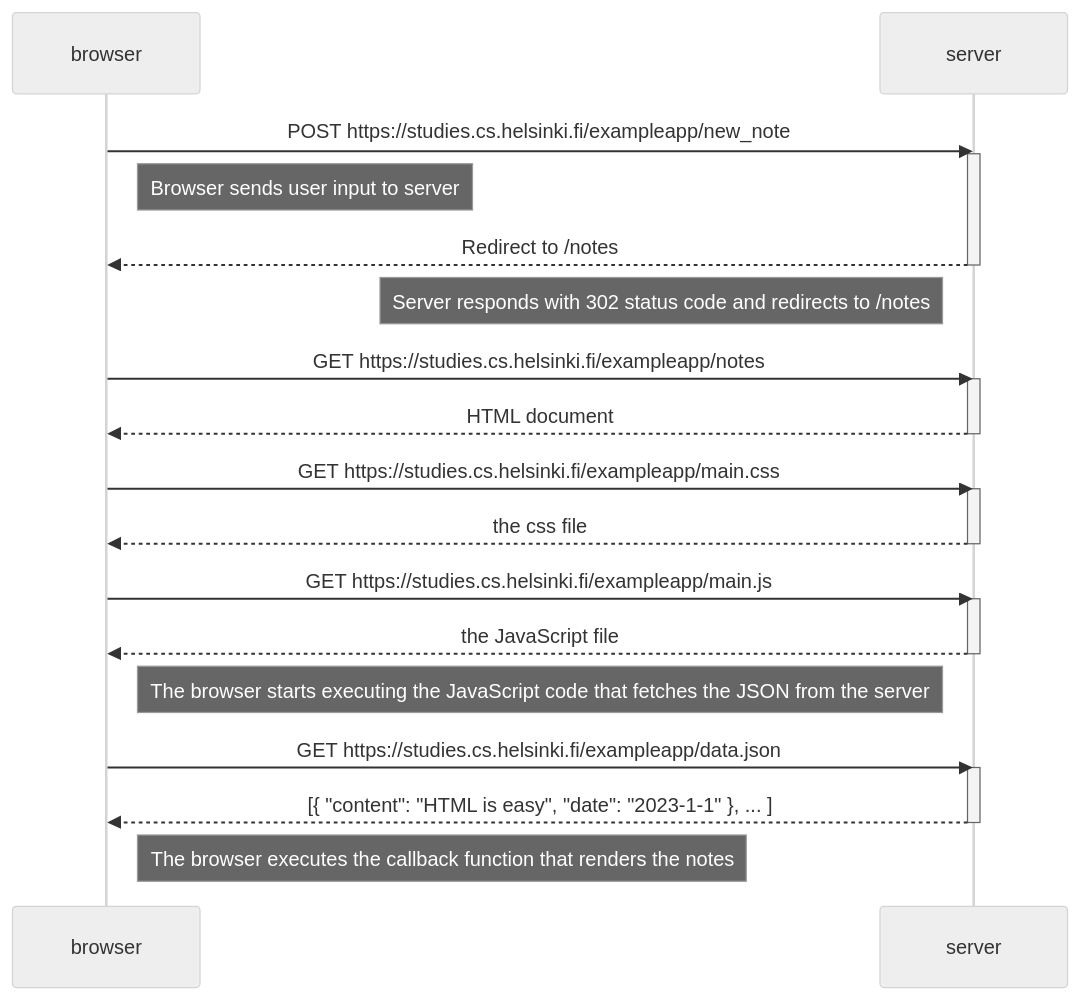
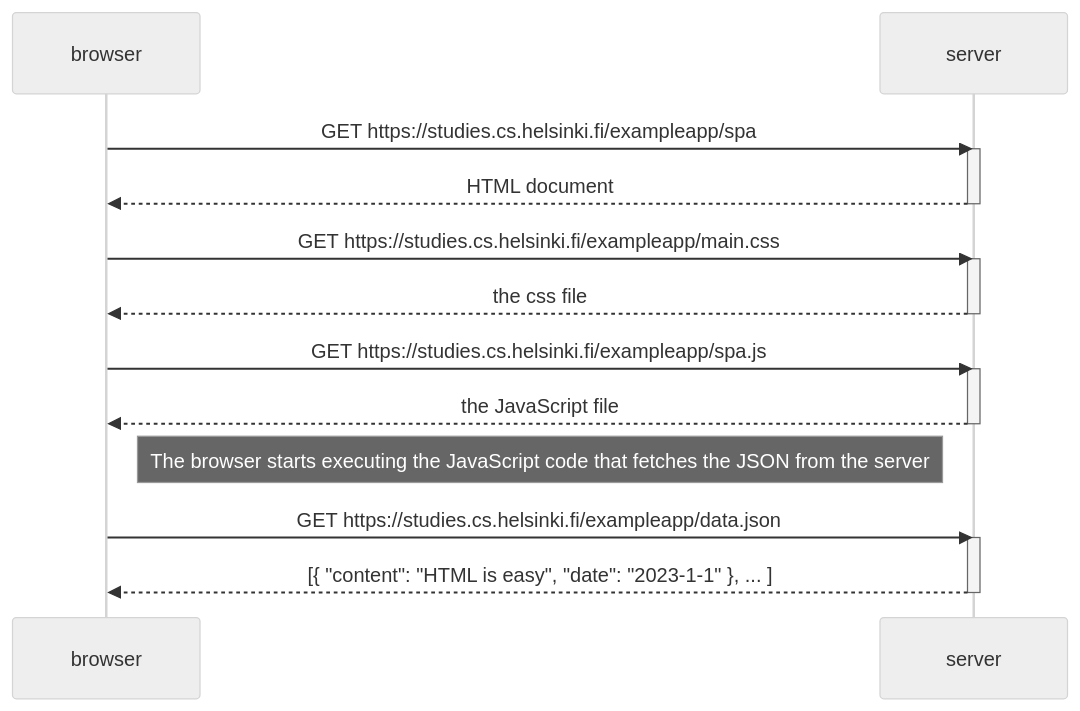
One commit to dustinburda/fullstackopen changed the diagram in part0/Exercise5.md. Above: the diagram before and after it, drawn with Mermaid (neutral theme).

Commit message:
Finished exercise 5

````diff
--- a/part0/Exercise5.md
+++ b/part0/Exercise5.md
@@ -1,40 +1,27 @@
 ```mermaid
 sequenceDiagram
     participant browser
     participant server
 
-
-    browser->>server: POST https://studies.cs.helsinki.fi/exampleapp/new_note
-    activate server
-
-    Note right of browser: Browser sends user input to server
-
-    server-->>browser: Redirect to /notes
-    deactivate server
-
-    Note left of server: Server responds with 302 status code and redirects to /notes
-
-    browser->>server: GET https://studies.cs.helsinki.fi/exampleapp/notes
+    browser->>server: GET https://studies.cs.helsinki.fi/exampleapp/spa
     activate server
     server-->>browser: HTML document
     deactivate server
 
     browser->>server: GET https://studies.cs.helsinki.fi/exampleapp/main.css
     activate server
     server-->>browser: the css file
     deactivate server
 
-    browser->>server: GET https://studies.cs.helsinki.fi/exampleapp/main.js
+    browser->>server: GET https://studies.cs.helsinki.fi/exampleapp/spa.js
     activate server
     server-->>browser: the JavaScript file
     deactivate server
 
     Note right of browser: The browser starts executing the JavaScript code that fetches the JSON from the server
 
     browser->>server: GET https://studies.cs.helsinki.fi/exampleapp/data.json
     activate server
     server-->>browser: [{ "content": "HTML is easy", "date": "2023-1-1" }, ... ]
     deactivate server
-
-    Note right of browser: The browser executes the callback function that renders the notes
 ```
````
